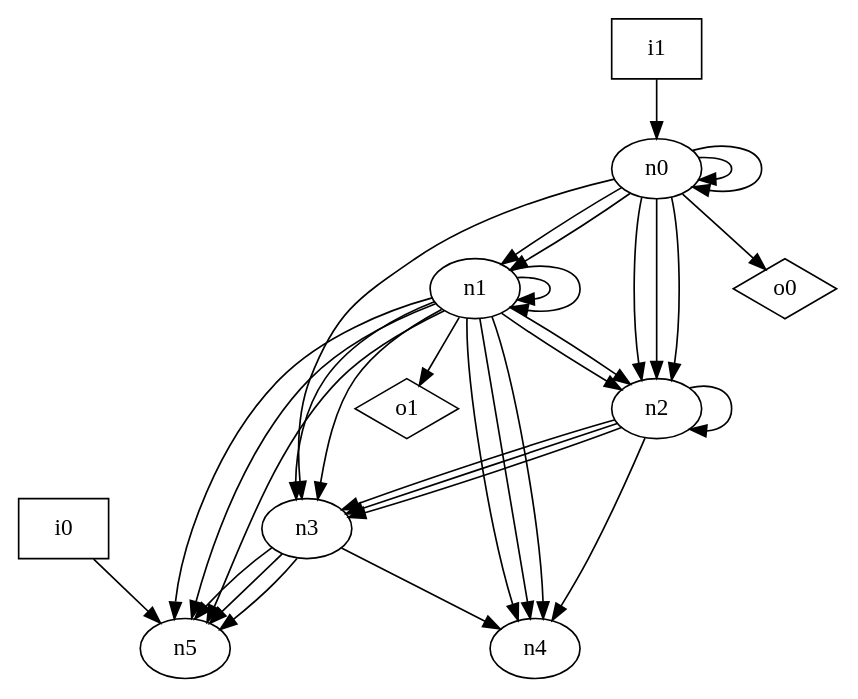
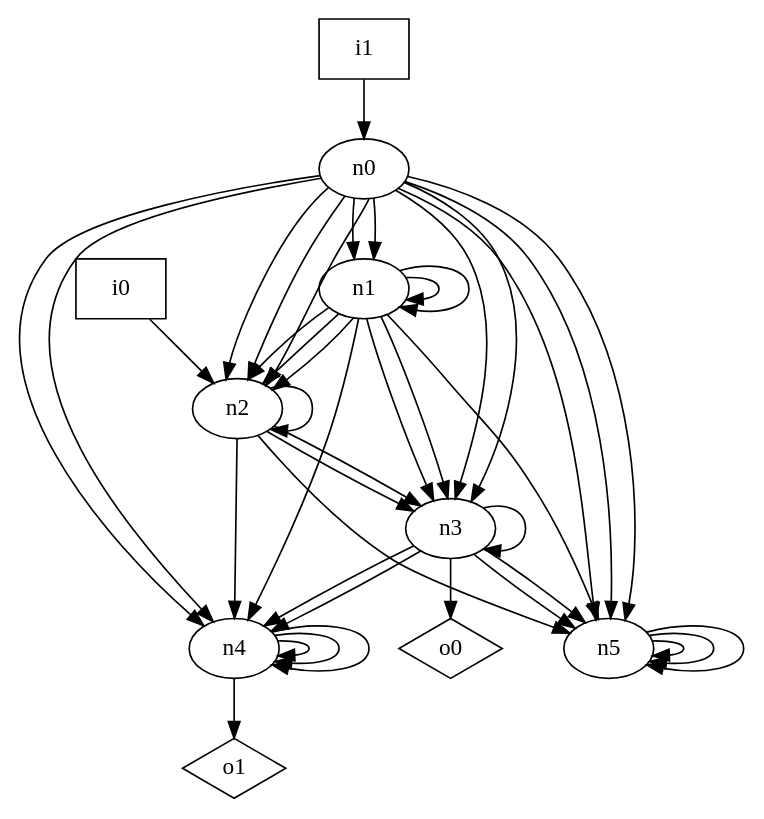
The diagram in dot_files/random/random_DAG_graph.dot (p9romain/bool-circuits), drawn with Graphviz before and after one commit. The commit also changed 28 other files, not shown here.

```diff
--- a/dot_files/random/random_DAG_graph.dot
+++ b/dot_files/random/random_DAG_graph.dot
@@ -1,45 +1,53 @@
 digraph G {
 n0 [label="n0"];
 n1 [label="n1"];
 n2 [label="n2"];
 n3 [label="n3"];
 n4 [label="n4"];
 n5 [label="n5"];
 n6 [label="i0",shape="box"];
 n7 [label="i1",shape="box"];
 n8 [label="o0",shape="diamond"];
 n9 [label="o1",shape="diamond"];
-n0 -> n0
-n0 -> n0
 n0 -> n1
 n0 -> n1
 n0 -> n2
 n0 -> n2
 n0 -> n2
 n0 -> n3
-n0 -> n8
+n0 -> n3
+n0 -> n4
+n0 -> n4
+n0 -> n5
+n0 -> n5
+n0 -> n5
 n1 -> n1
 n1 -> n1
+n1 -> n2
 n1 -> n2
 n1 -> n2
 n1 -> n3
 n1 -> n3
 n1 -> n4
-n1 -> n4
-n1 -> n4
 n1 -> n5
-n1 -> n5
-n1 -> n5
-n1 -> n9
 n2 -> n2
 n2 -> n3
 n2 -> n3
-n2 -> n3
 n2 -> n4
+n2 -> n5
+n3 -> n3
+n3 -> n4
 n3 -> n4
 n3 -> n5
 n3 -> n5
-n3 -> n5
-n6 -> n5
+n3 -> n8
+n4 -> n4
+n4 -> n4
+n4 -> n4
+n4 -> n9
+n5 -> n5
+n5 -> n5
+n5 -> n5
+n6 -> n2
 n7 -> n0
 }
```
